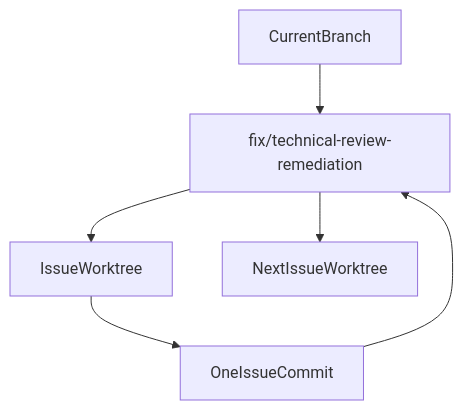
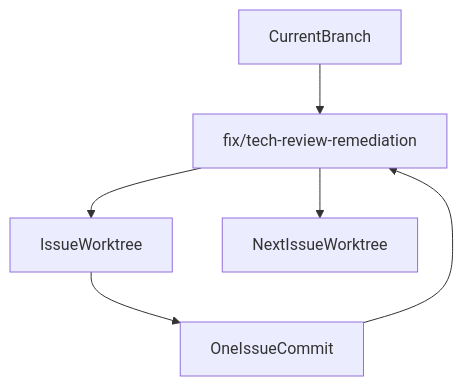
The diagram in docs/specs/plan_technical_review_fixes.md (kevinlin/cowork-z), drawn with Mermaid before and after one commit. The commit also changed other lines of this file and 2 other files, not shown here.

Commit message:
docs: add June 12 technical review and remediation tracker; repoint fix plan at new findings

````diff
--- a/docs/specs/plan_technical_review_fixes.md
+++ b/docs/specs/plan_technical_review_fixes.md
@@ -55,8 +48,8 @@
 ```mermaid
 flowchart TD
-  baseBranch[CurrentBranch] --> integrationBranch[fix/technical-review-remediation]
+  baseBranch[CurrentBranch] --> integrationBranch[fix/tech-review-remediation]
   integrationBranch --> issueWorktree[IssueWorktree]
   issueWorktree --> issueCommit[OneIssueCommit]
   issueCommit --> integrationBranch
   integrationBranch --> nextIssueWorktree[NextIssueWorktree]
 ```
````
